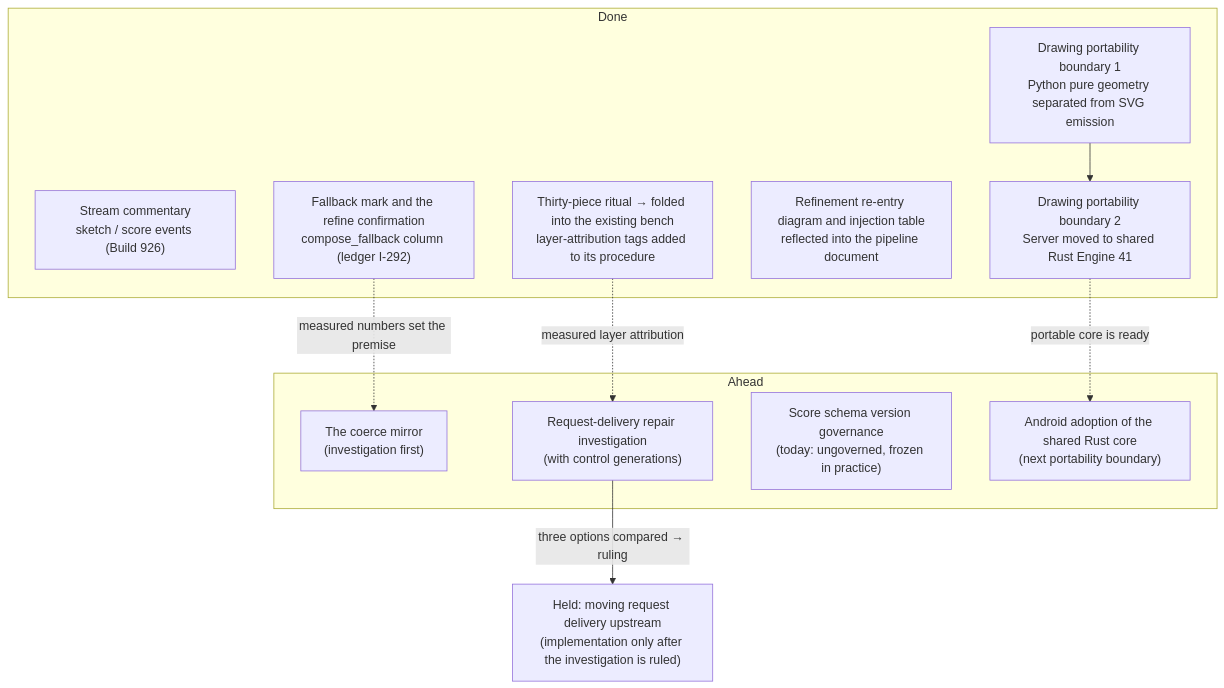
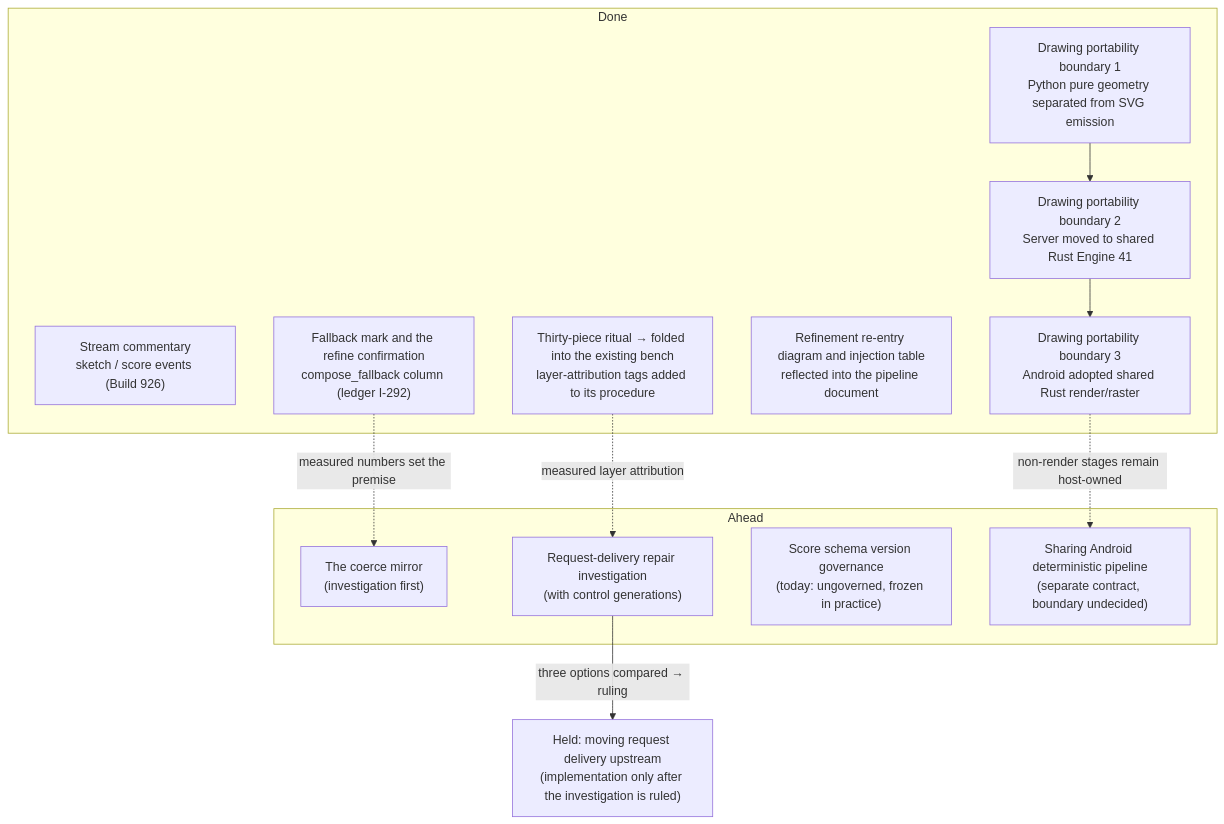
One commit to oikawas/inku-lang changed the diagram in docs/architecture/future-plan.md. Above: the diagram before and after it, drawn with Mermaid. The commit also changed other lines of this file and 1237 other files, not shown here.

````diff
--- a/docs/architecture/future-plan.md
+++ b/docs/architecture/future-plan.md
@@ -17,24 +17,26 @@
 ```mermaid
 flowchart TD
     subgraph DONE["Done"]
         STREAM["Stream commentary\nsketch / score events (Build 926)"]
         MARK["Fallback mark and the refine confirmation\ncompose_fallback column (ledger I-292)"]
         RITUAL["Thirty-piece ritual → folded into the existing bench\nlayer-attribution tags added to its procedure"]
         DOCS["Refinement re-entry diagram and injection table\nreflected into the pipeline document"]
         PORT_BOUNDARY["Drawing portability boundary 1\nPython pure geometry separated from SVG emission"]
         RUST_CORE["Drawing portability boundary 2\nServer moved to shared Rust Engine 41"]
+        ANDROID_RUST["Drawing portability boundary 3\nAndroid adopted shared Rust render/raster"]
     end
     subgraph NEXT["Ahead"]
         MIRROR["The coerce mirror\n(investigation first)"]
         P41["Request-delivery repair investigation\n(with control generations)"]
         GOV["Score schema version governance\n(today: ungoverned, frozen in practice)"]
-        ANDROID_RUST["Android adoption of the shared Rust core\n(next portability boundary)"]
+        PIPELINE_PORT["Sharing Android deterministic pipeline\n(separate contract, boundary undecided)"]
     end
     HELD["Held: moving request delivery upstream\n(implementation only after the investigation is ruled)"]
 
     MARK -.->|"measured numbers set the premise"| MIRROR
     P41 -->|"three options compared → ruling"| HELD
     RITUAL -.->|"measured layer attribution"| P41
     PORT_BOUNDARY --> RUST_CORE
-    RUST_CORE -.->|"portable core is ready"| ANDROID_RUST
+    RUST_CORE --> ANDROID_RUST
+    ANDROID_RUST -.->|"non-render stages remain host-owned"| PIPELINE_PORT
 ```
````
